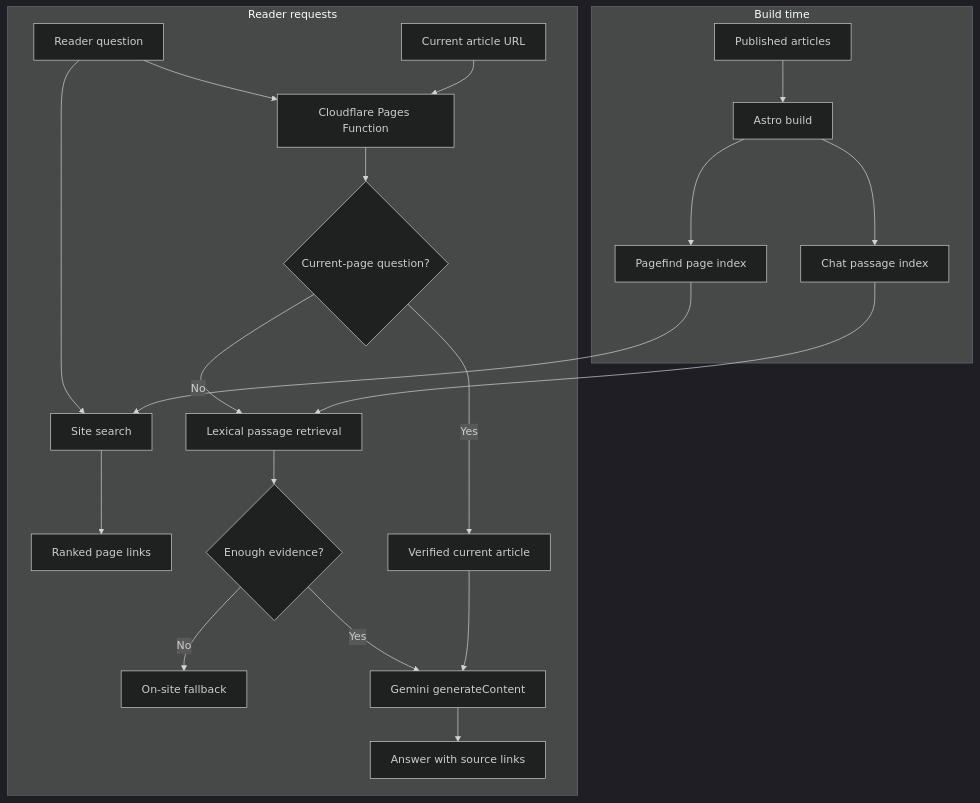
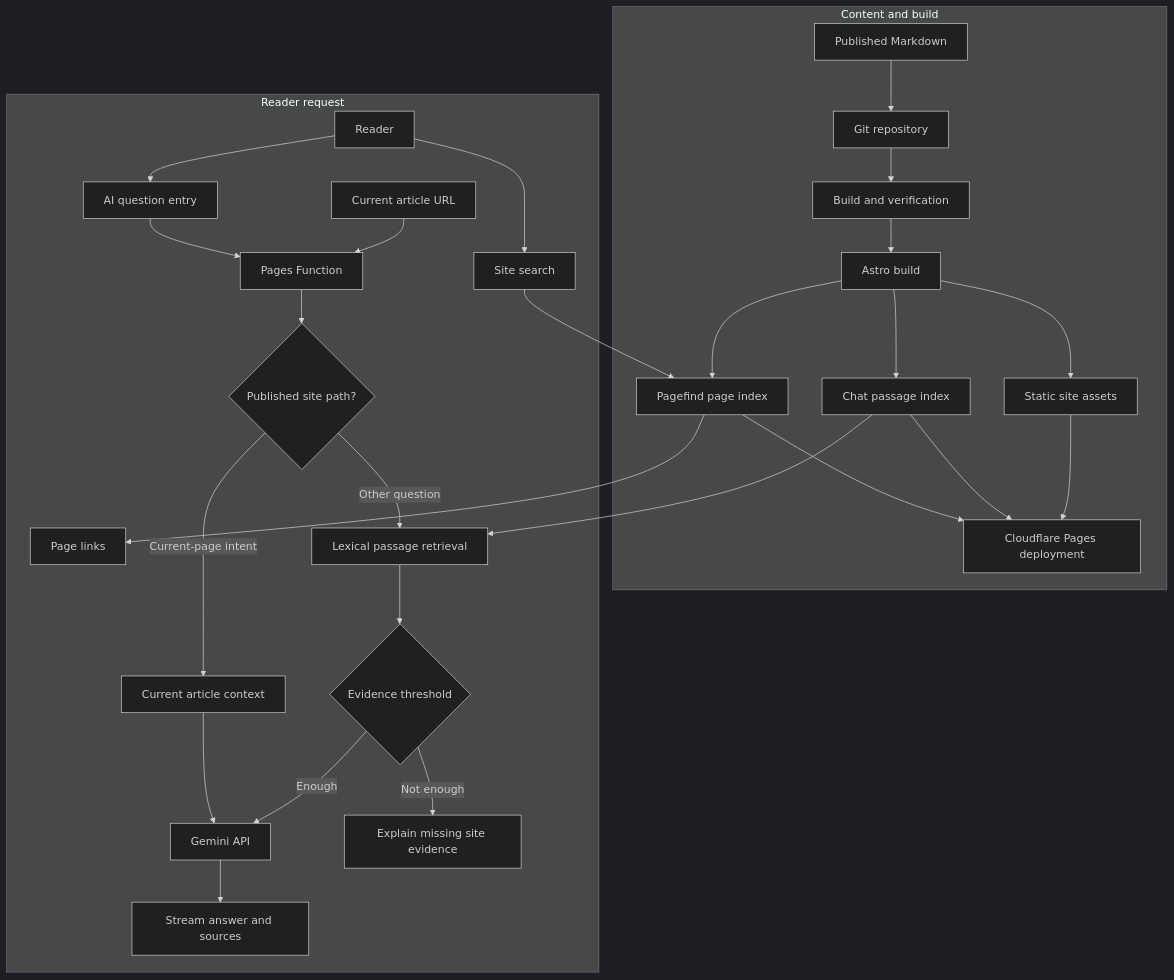
One commit to Liyuk/liyuk.github.io changed the diagram in src/content/writing/2026/10/blog-rag-retrieval-experiment/zh.md. Above: the diagram before and after it, drawn with Mermaid (dark theme). The commit also changed other lines of this file, not shown here.

Commit message:
docs: refocus RAG article on site discovery

````diff
--- a/src/content/writing/2026/10/blog-rag-retrieval-experiment/zh.md
+++ b/src/content/writing/2026/10/blog-rag-retrieval-experiment/zh.md
@@ -65,26 +98,32 @@
 ```mermaid
 flowchart TB
-    subgraph Build["Build time"]
-        Articles["Published articles"] --> Astro["Astro build"]
-        Astro --> PagefindIndex["Pagefind page index"]
-        Astro --> ChatIndex["Chat passage index"]
+    subgraph Source["Content and build"]
+        Markdown["Published Markdown"] --> Git["Git repository"]
+        Git --> CI["Build and verification"]
+        CI --> Astro["Astro build"]
+        Astro --> PageIndex["Pagefind page index"]
+        Astro --> PassageIndex["Chat passage index"]
+        Astro --> PublicSite["Static site assets"]
+        PageIndex --> Pages["Cloudflare Pages deployment"]
+        PassageIndex --> Pages
+        PublicSite --> Pages
     end
 
-    subgraph Reader["Reader requests"]
-        Query["Reader question"] --> SearchUI["Site search"]
-        PagefindIndex --> SearchUI
-        SearchUI --> PageResults["Ranked page links"]
-
-        Query --> Function["Cloudflare Pages Function"]
-        PageURL["Current article URL"] --> Function
-        Function --> Intent{"Current-page question?"}
-        Intent -->|"Yes"| PageContext["Verified current article"]
-        Intent -->|"No"| Retriever["Lexical passage retrieval"]
-        ChatIndex --> Retriever
-        Retriever --> Evidence{"Enough evidence?"}
-        Evidence -->|"No"| Abstain["On-site fallback"]
-        Evidence -->|"Yes"| Gemini["Gemini generateContent"]
-        PageContext --> Gemini
-        Gemini --> Answer["Answer with source links"]
+    subgraph Runtime["Reader request"]
+        Reader["Reader"] --> Search["Site search"]
+        Search --> PageIndex
+        PageIndex --> Results["Page links"]
+        Reader --> Chat["AI question entry"]
+        Chat --> Function["Pages Function"]
+        CurrentURL["Current article URL"] --> Function
+        Function --> Validate{"Published site path?"}
+        Validate -->|"Current-page intent"| Context["Current article context"]
+        Validate -->|"Other question"| Retrieve["Lexical passage retrieval"]
+        PassageIndex --> Retrieve
+        Retrieve --> Gate{"Evidence threshold"}
+        Context --> Gemini["Gemini API"]
+        Gate -->|"Enough"| Gemini
+        Gate -->|"Not enough"| Fallback["Explain missing site evidence"]
+        Gemini --> Stream["Stream answer and sources"]
     end
 ```
````
